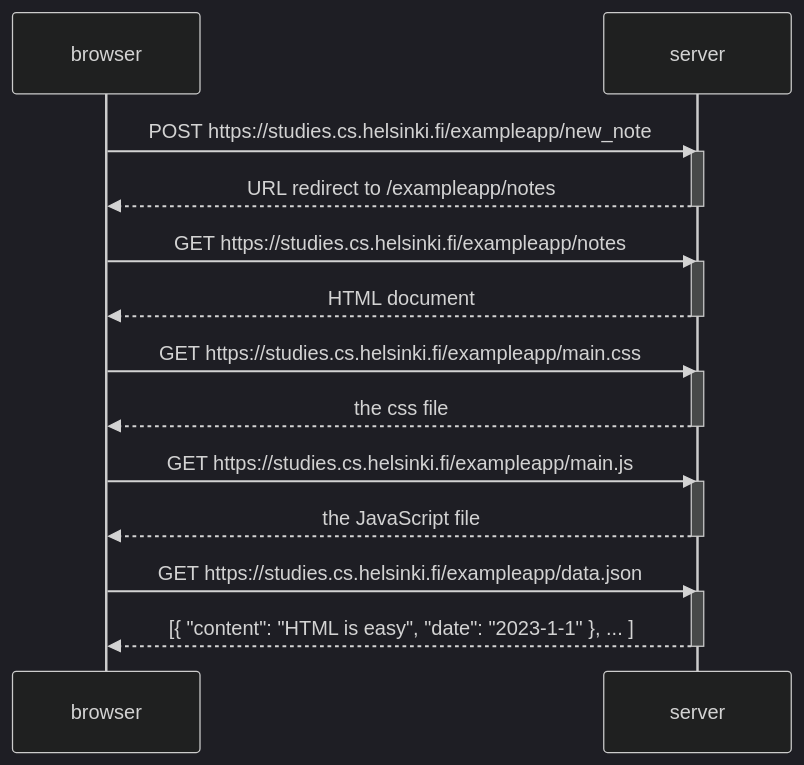
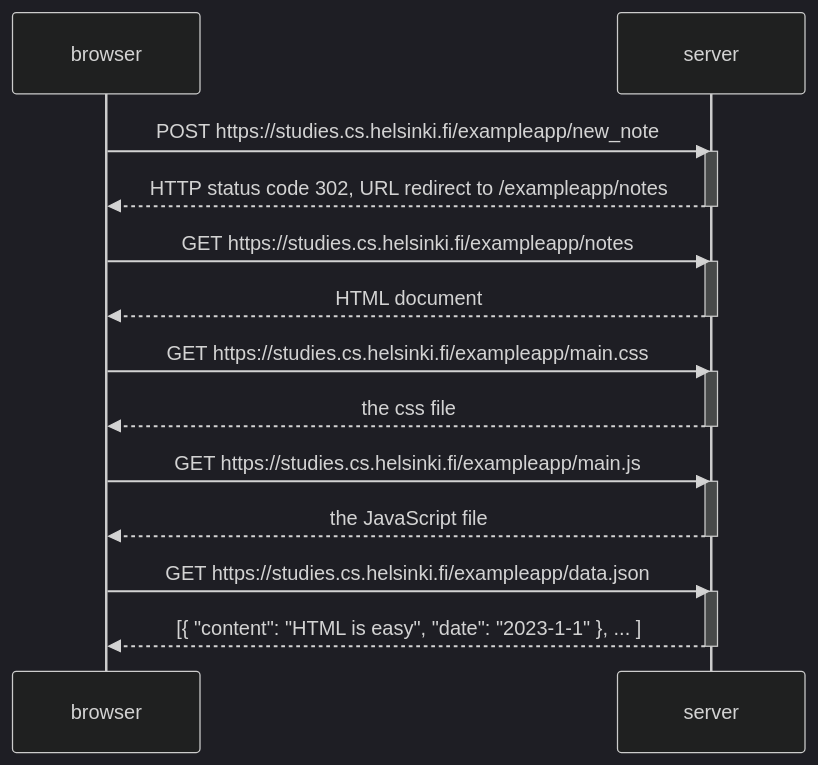
The diagram in 0_4.md (Cero-Pointer/fullstackopen_part0), drawn with Mermaid (dark theme) before and after one commit.

Commit message:
Clarify server response in 0_4.md

````diff
--- a/0_4.md
+++ b/0_4.md
@@ -1,30 +1,30 @@
 ```mermaid
 sequenceDiagram
     participant browser
     participant server
 
     browser->>server: POST https://studies.cs.helsinki.fi/exampleapp/new_note
     activate server
-    server-->>browser: URL redirect to /exampleapp/notes
+    server-->>browser: HTTP status code 302, URL redirect to /exampleapp/notes
     deactivate server
 
     browser->>server: GET https://studies.cs.helsinki.fi/exampleapp/notes
     activate server
     server-->>browser: HTML document
     deactivate server
 
     browser->>server: GET https://studies.cs.helsinki.fi/exampleapp/main.css
     activate server
     server-->>browser: the css file
     deactivate server
 
     browser->>server: GET https://studies.cs.helsinki.fi/exampleapp/main.js
     activate server
     server-->>browser: the JavaScript file
     deactivate server
 
     browser->>server: GET https://studies.cs.helsinki.fi/exampleapp/data.json
     activate server
     server-->>browser: [{ "content": "HTML is easy", "date": "2023-1-1" }, ... ]
     deactivate server
 ```
````
